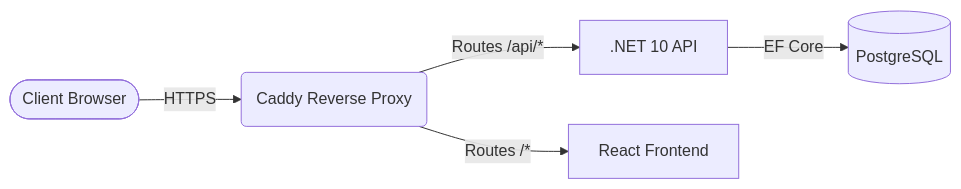
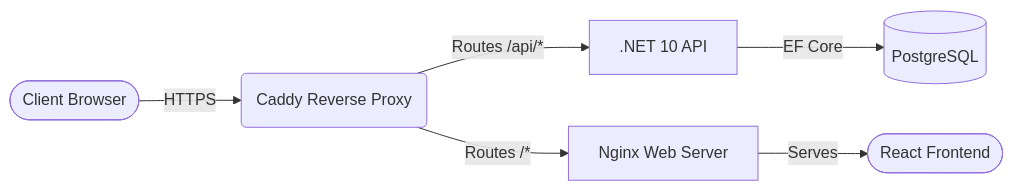
The first of 2 diagrams in README.md (istvan-karsai/aspire-playlist-app), drawn with Mermaid before and after one commit. The commit also changed other lines of this file, not shown here.

Commit message:
docs: update system architecture diagram to include Nginx container (#161)
- Updated System Architecture documentation to include Nginx.
- Refined Mermaid.js diagram to show Caddy routing frontend traffic to Nginx.
- Visually distinguished the client-side React UI as a pill node.

Resolves #160

````diff
--- a/README.md
+++ b/README.md
@@ -44,7 +44,8 @@
 ```mermaid
 flowchart LR
     Client([Client Browser]) -->|HTTPS| Caddy(Caddy Reverse Proxy)
     Caddy -->|Routes /api/*| API[.NET 10 API]
-    Caddy -->|Routes /*| UI[React Frontend]
+    Caddy -->|Routes /*| Nginx[Nginx Web Server]
+    Nginx -->|Serves| UI([React Frontend])
     API -->|EF Core| DB[(PostgreSQL)]
 ```
````
